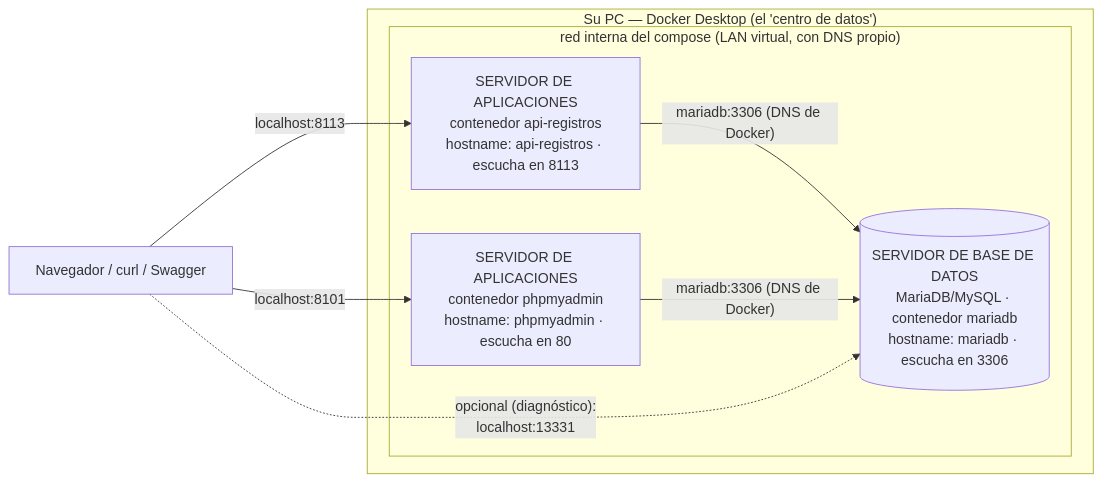
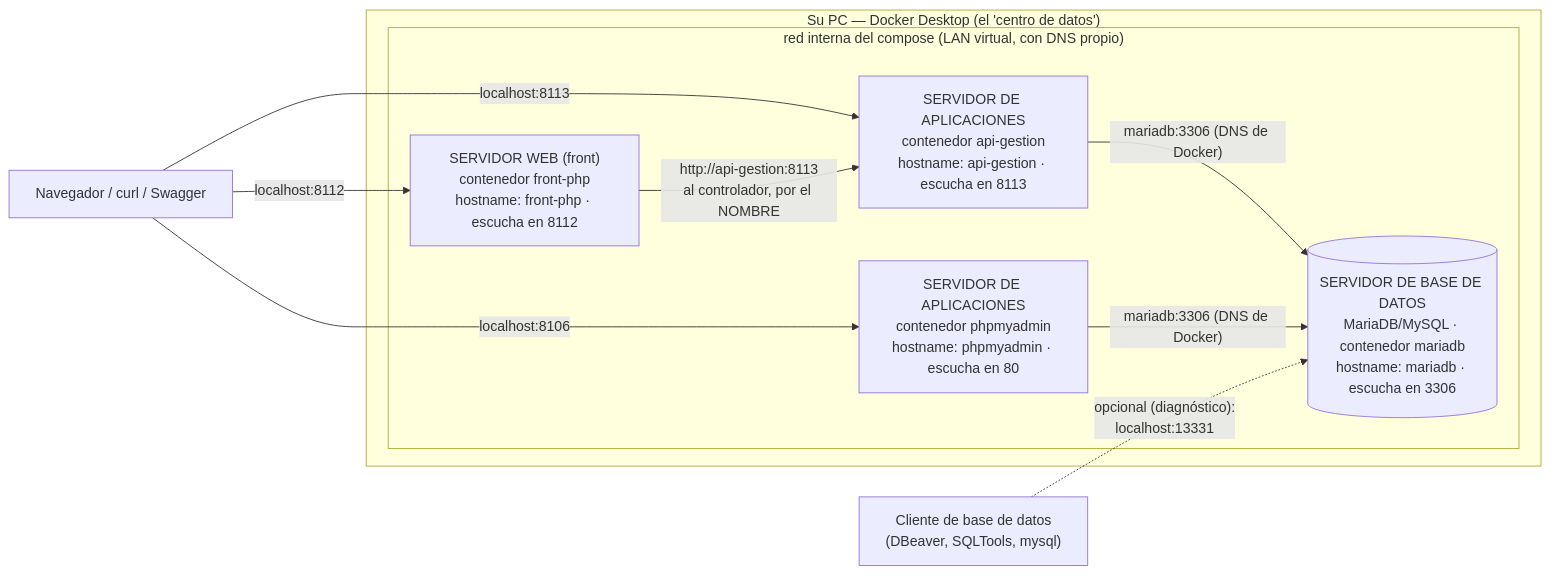
Before and after one commit to ccastro2050/proyecto_php_gestion_profesoral1: the first of 2 diagrams in docs/CONCEPTOS_DOCKER.md, drawn with Mermaid. The commit also changed other lines of this file, not shown here.

First line of the commit message:
docs(docker): el diagrama sale del docker-compose real, y ninguna flecha miente

````diff
--- a/docs/CONCEPTOS_DOCKER.md
+++ b/docs/CONCEPTOS_DOCKER.md
@@ -196,16 +196,20 @@
 ```mermaid
 flowchart LR
     NAV["Navegador / curl / Swagger"]
+    CLIENTE["Cliente de base de datos<br/>(DBeaver, SQLTools, mysql)"]
     subgraph PC["Su PC — Docker Desktop (el 'centro de datos')"]
         subgraph RED["red interna del compose (LAN virtual, con DNS propio)"]
-            APIFACTURAS["SERVIDOR DE APLICACIONES<br/>contenedor api-registros<br/>hostname: api-registros · escucha en 8113"]
+            FRONTPHP["SERVIDOR WEB (front)<br/>contenedor front-php<br/>hostname: front-php · escucha en 8112"]
+            APIGESTION["SERVIDOR DE APLICACIONES<br/>contenedor api-gestion<br/>hostname: api-gestion · escucha en 8113"]
             PHPMYADMIN["SERVIDOR DE APLICACIONES<br/>contenedor phpmyadmin<br/>hostname: phpmyadmin · escucha en 80"]
             MARIADB[("SERVIDOR DE BASE DE DATOS<br/>MariaDB/MySQL · contenedor mariadb<br/>hostname: mariadb · escucha en 3306")]
         end
     end
-    NAV -->|"localhost:8113"| APIFACTURAS
-    NAV -->|"localhost:8101"| PHPMYADMIN
-    APIFACTURAS -->|"mariadb:3306 (DNS de Docker)"| MARIADB
+    NAV -->|"localhost:8113"| APIGESTION
+    NAV -->|"localhost:8112"| FRONTPHP
+    NAV -->|"localhost:8106"| PHPMYADMIN
+    APIGESTION -->|"mariadb:3306 (DNS de Docker)"| MARIADB
+    FRONTPHP -->|"http://api-gestion:8113<br/>al controlador, por el NOMBRE"| APIGESTION
     PHPMYADMIN -->|"mariadb:3306 (DNS de Docker)"| MARIADB
-    NAV -.->|"opcional (diagnóstico):<br/>localhost:13331"| MARIADB
+    CLIENTE -.->|"opcional (diagnóstico):<br/>localhost:13331"| MARIADB
 ```
````
